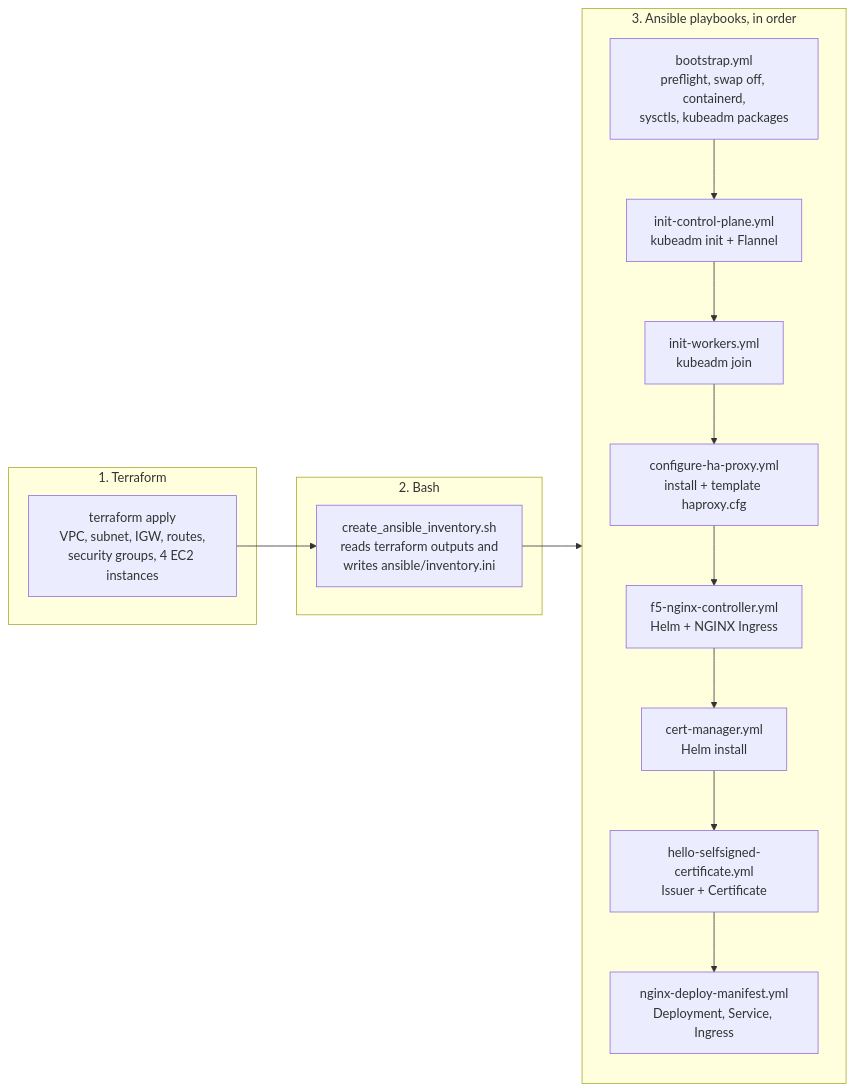
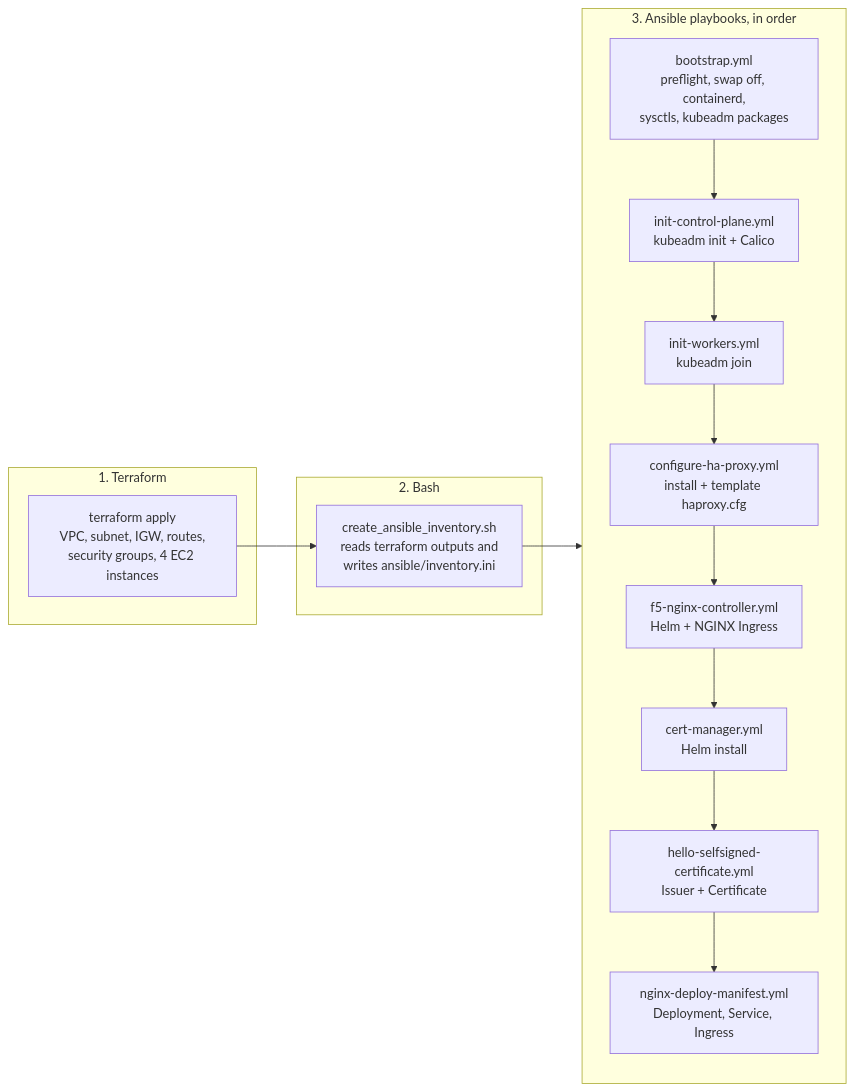
Before and after one commit to yasseryasserahmed/OpsPlatform-homelab: the third of 4 diagrams in README.md, drawn with Mermaid. The commit also changed other lines of this file, not shown here.

Commit message:
update(Radme.md) : calico instead of flannel

````diff
--- a/README.md
+++ b/README.md
@@ -120,25 +120,25 @@
 ```mermaid
 flowchart LR
     subgraph tf["1. Terraform"]
         A["terraform apply<br/>VPC, subnet, IGW, routes,<br/>security groups, 4 EC2 instances"]
     end
 
     subgraph sh["2. Bash"]
         B["create_ansible_inventory.sh<br/>reads terraform outputs and<br/>writes ansible/inventory.ini"]
     end
 
     subgraph an["3. Ansible playbooks, in order"]
         direction TB
         C["bootstrap.yml<br/>preflight, swap off, containerd,<br/>sysctls, kubeadm packages"]
-        D["init-control-plane.yml<br/>kubeadm init + Flannel"]
+        D["init-control-plane.yml<br/>kubeadm init + Calico"]
         E["init-workers.yml<br/>kubeadm join"]
         F["configure-ha-proxy.yml<br/>install + template haproxy.cfg"]
         G["f5-nginx-controller.yml<br/>Helm + NGINX Ingress"]
         H["cert-manager.yml<br/>Helm install"]
         I["hello-selfsigned-certificate.yml<br/>Issuer + Certificate"]
         J["nginx-deploy-manifest.yml<br/>Deployment, Service, Ingress"]
         C --> D --> E --> F --> G --> H --> I --> J
     end
 
     A --> B --> C
 ```
````
